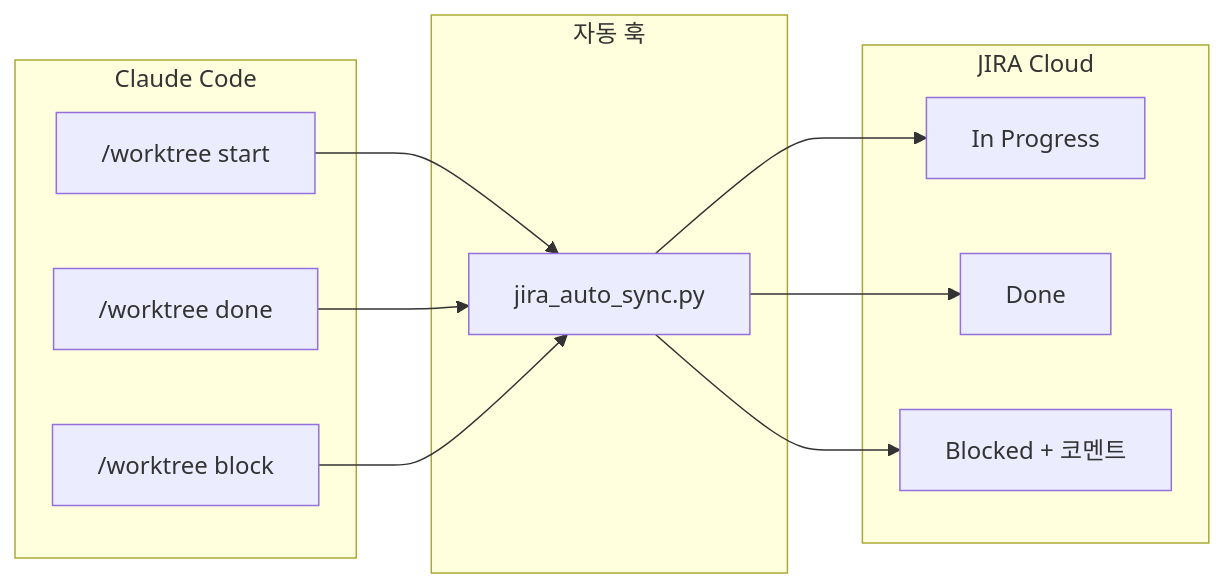
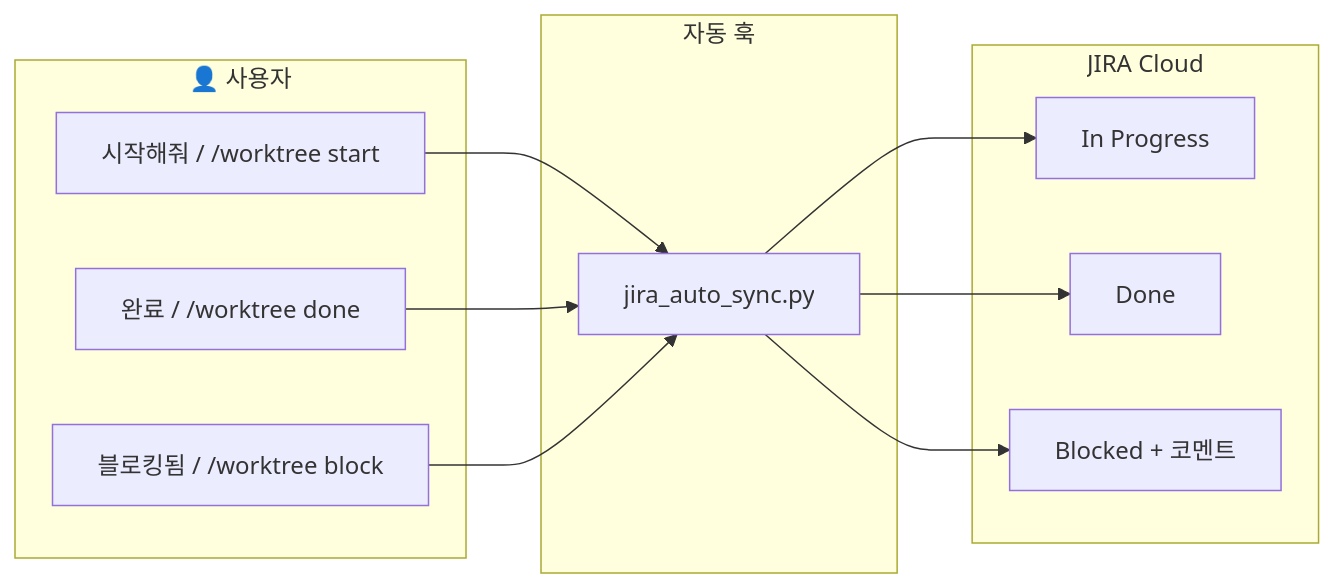
One commit to Wondermove-Inc/calab-claude-plugin changed the fifth of 5 diagrams in README.md. Above: the diagram before and after it, drawn with Mermaid. The commit also changed other lines of this file and 14 other files, not shown here.

````diff
--- a/README.md
+++ b/README.md
@@ -565,22 +540,22 @@
 ```mermaid
 flowchart LR
-    subgraph Claude["Claude Code"]
-        W1["/worktree start"]
-        W2["/worktree done"]
-        W3["/worktree block"]
+    subgraph User["👤 사용자"]
+        U1["시작해줘 / /worktree start"]
+        U2["완료 / /worktree done"]
+        U3["블로킹됨 / /worktree block"]
     end
 
     subgraph Hook["자동 훅"]
         H["jira_auto_sync.py"]
     end
 
     subgraph JIRA["JIRA Cloud"]
         J1["In Progress"]
         J2["Done"]
         J3["Blocked + 코멘트"]
     end
 
-    W1 --> H --> J1
-    W2 --> H --> J2
-    W3 --> H --> J3
+    U1 --> H --> J1
+    U2 --> H --> J2
+    U3 --> H --> J3
 ```
````
